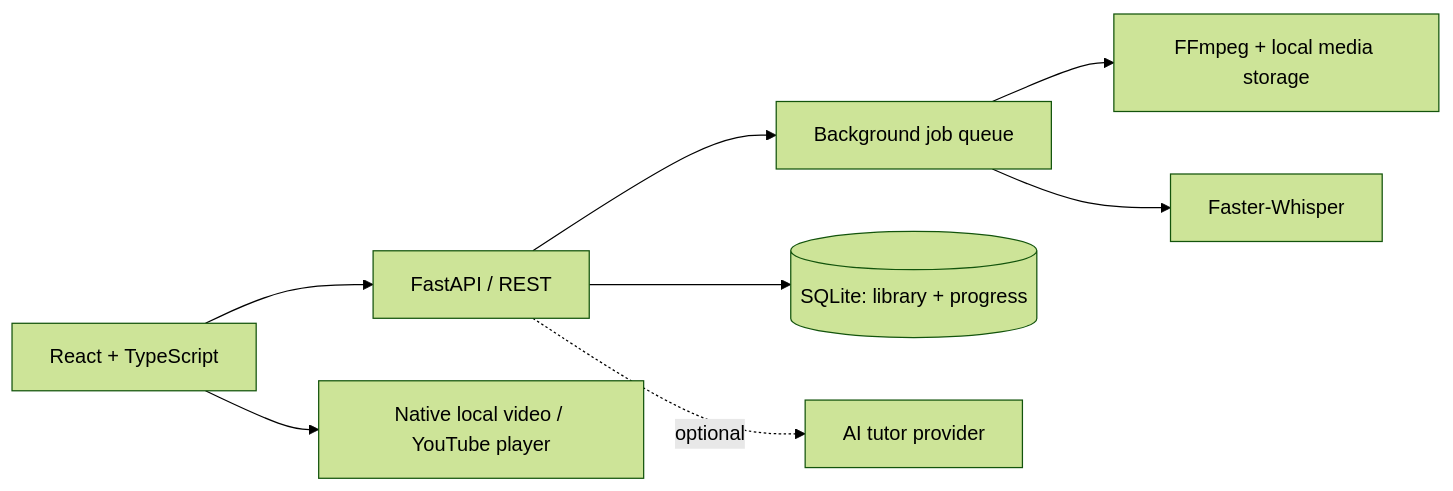
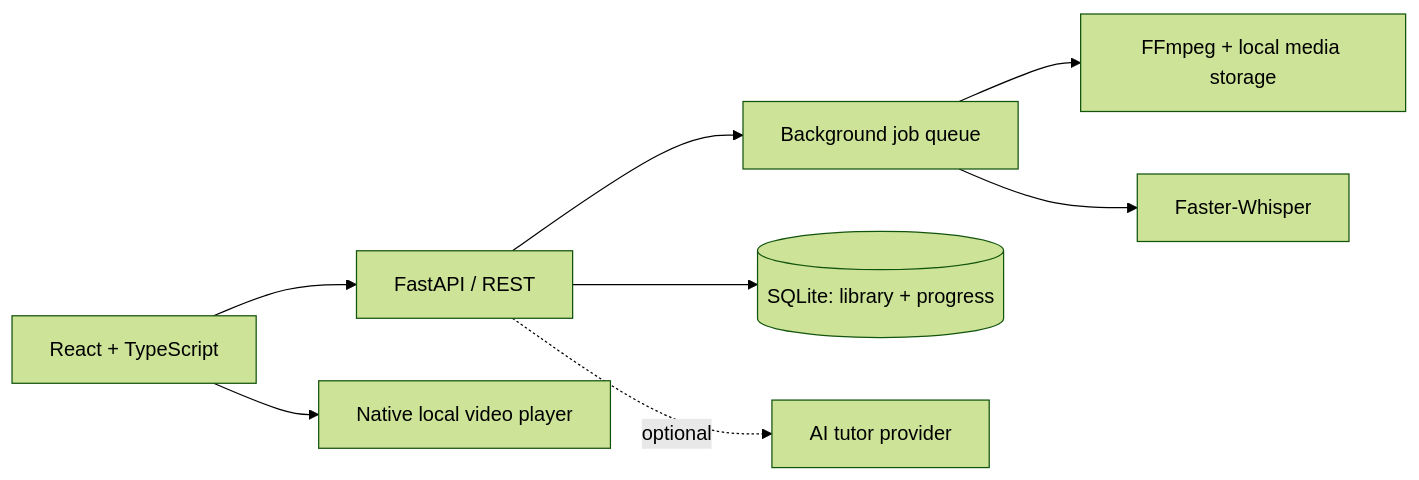
The diagram in README.md (iamcristian/fluenttube), drawn with Mermaid (forest theme) before and after one commit. The commit also changed other lines of this file and 75 other files, not shown here.

Commit message:
Improve local video dictation and standardize British English tutor

````diff
--- a/README.md
+++ b/README.md
@@ -105,10 +104,10 @@
 ```mermaid
 flowchart LR
     Browser[React + TypeScript] --> API[FastAPI / REST]
-    Browser --> Player[Native local video / YouTube player]
+    Browser --> Player[Native local video player]
     API --> Jobs[Background job queue]
     API --> SQLite[(SQLite: library + progress)]
     Jobs --> Media[FFmpeg + local media storage]
     Jobs --> ASR[Faster-Whisper]
     API -. optional .-> Tutor[AI tutor provider]
 ```
````
